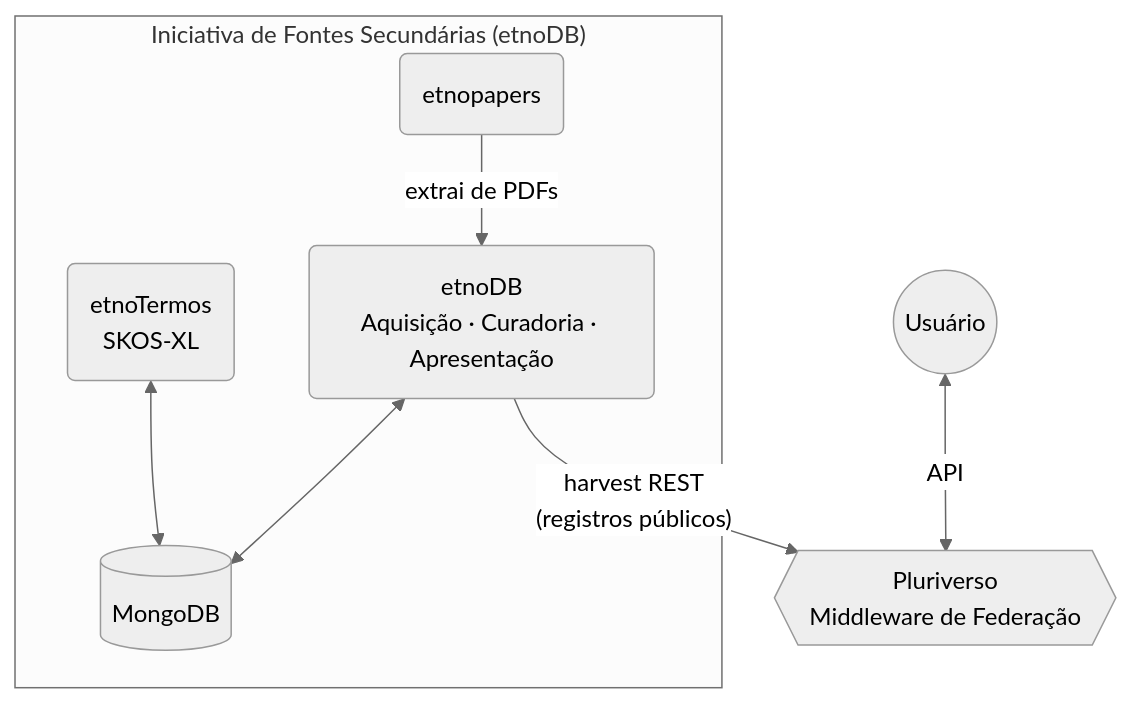
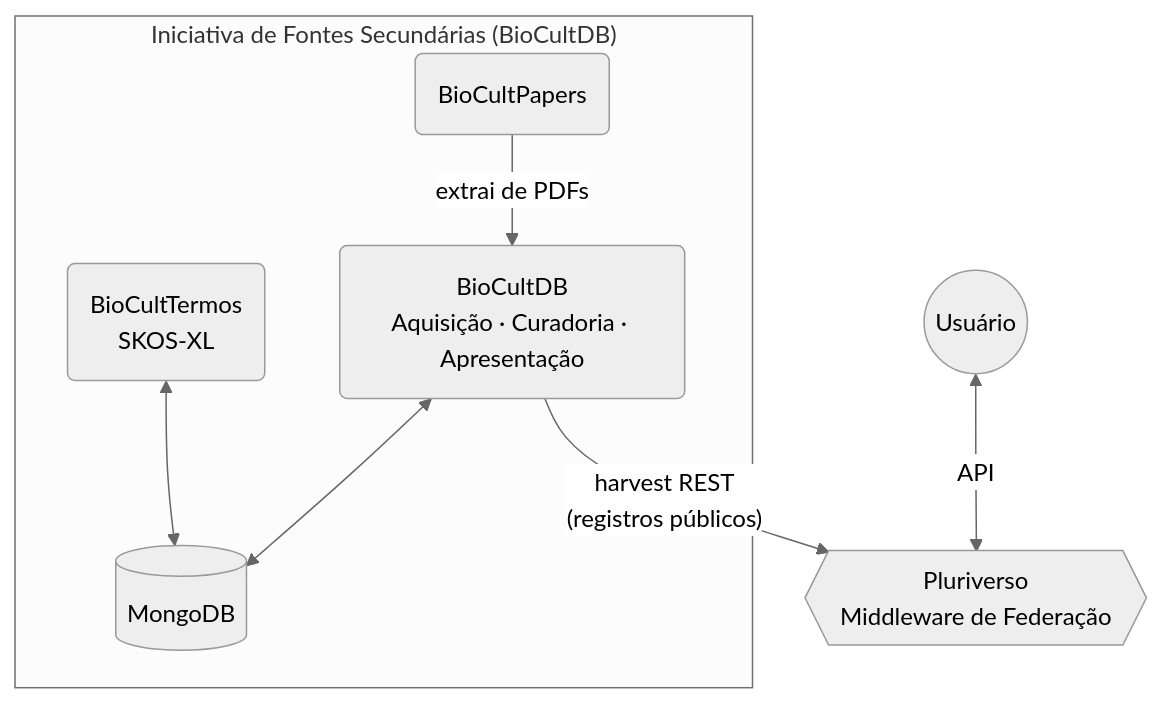
One commit to edalcin/BioCultDB changed the second of 2 diagrams in README.md. Above: the diagram before and after it, drawn with Mermaid (neutral theme). The commit also changed other lines of this file and 30 other files, not shown here.

Commit message:
docs: atualizar referencias de etnoDB para BioCultDB

````diff
--- a/README.md
+++ b/README.md
@@ -306,13 +306,13 @@
 ```mermaid
 graph TD
-    subgraph I1["Iniciativa de Fontes Secundárias (etnoDB)"]
-        EP(etnopapers) -->|extrai de PDFs| EDB
-        EDB(etnoDB\nAquisição · Curadoria · Apresentação) <--> MDB[(MongoDB)]
-        ET(etnoTermos\nSKOS-XL) <--> MDB
+    subgraph I1["Iniciativa de Fontes Secundárias (BioCultDB)"]
+        EP(BioCultPapers) -->|extrai de PDFs| EDB
+        EDB(BioCultDB\nAquisição · Curadoria · Apresentação) <--> MDB[(MongoDB)]
+        ET(BioCultTermos\nSKOS-XL) <--> MDB
     end
 
     PL{{"Pluriverso\nMiddleware de Federação"}}
 
     EDB -->|"harvest REST\n(registros públicos)"| PL
     U((Usuário)) <-->|API| PL
 ```
````
